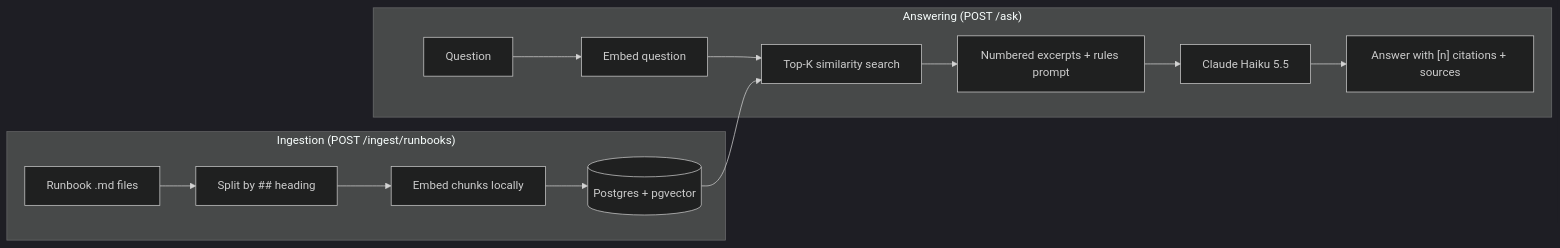
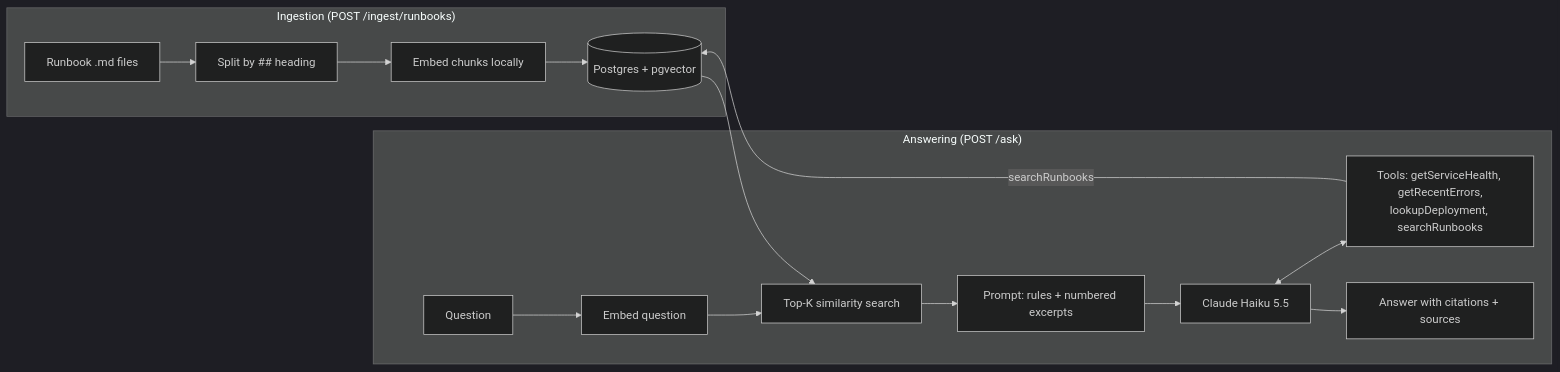
The diagram in README.md (Pragatitiwar/incident-assistant), drawn with Mermaid (dark theme) before and after one commit. The commit also changed other lines of this file and 20 other files, not shown here.

````diff
--- a/README.md
+++ b/README.md
@@ -13,16 +18,18 @@
 ```mermaid
 flowchart LR
     subgraph Ingestion["Ingestion (POST /ingest/runbooks)"]
         A[Runbook .md files] --> B[Split by ## heading]
         B --> C[Embed chunks locally]
         C --> D[(Postgres + pgvector)]
     end
     subgraph Answering["Answering (POST /ask)"]
         Q[Question] --> E[Embed question]
         E --> F[Top-K similarity search]
         D --> F
-        F --> G[Numbered excerpts + rules prompt]
+        F --> G[Prompt: rules + numbered excerpts]
         G --> H[Claude Haiku 5.5]
-        H --> R["Answer with [n] citations + sources"]
+        H <--> T["Tools: getServiceHealth, getRecentErrors,<br/>lookupDeployment, searchRunbooks"]
+        T -->|searchRunbooks| D
+        H --> R["Answer with citations + sources"]
     end
 ```
````
